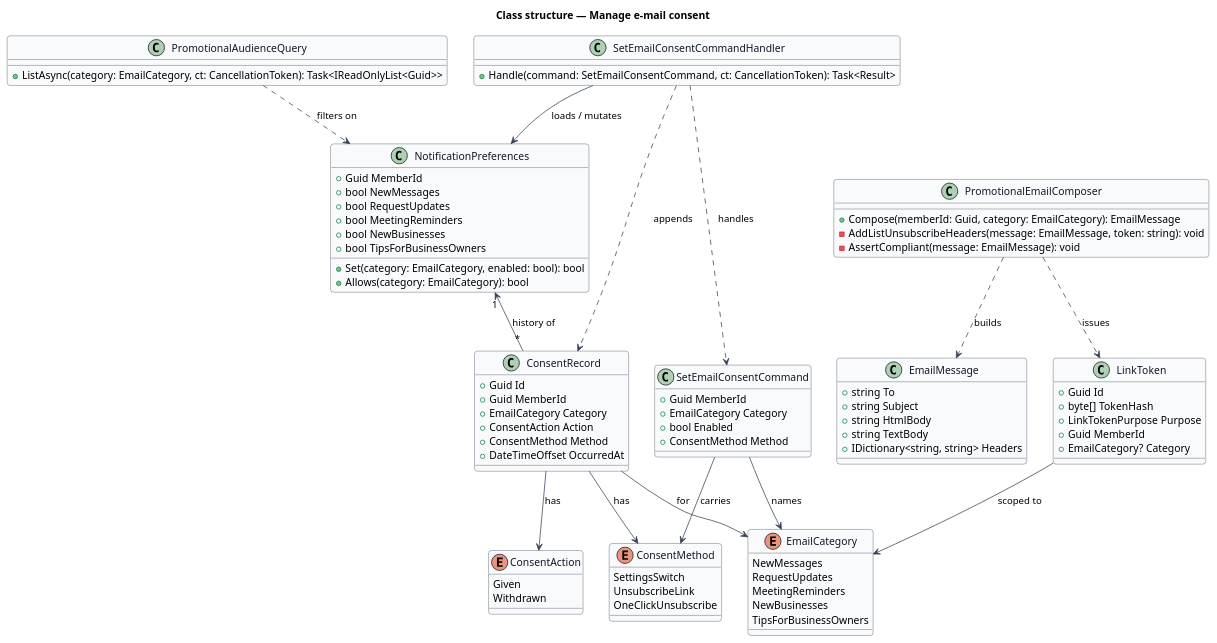
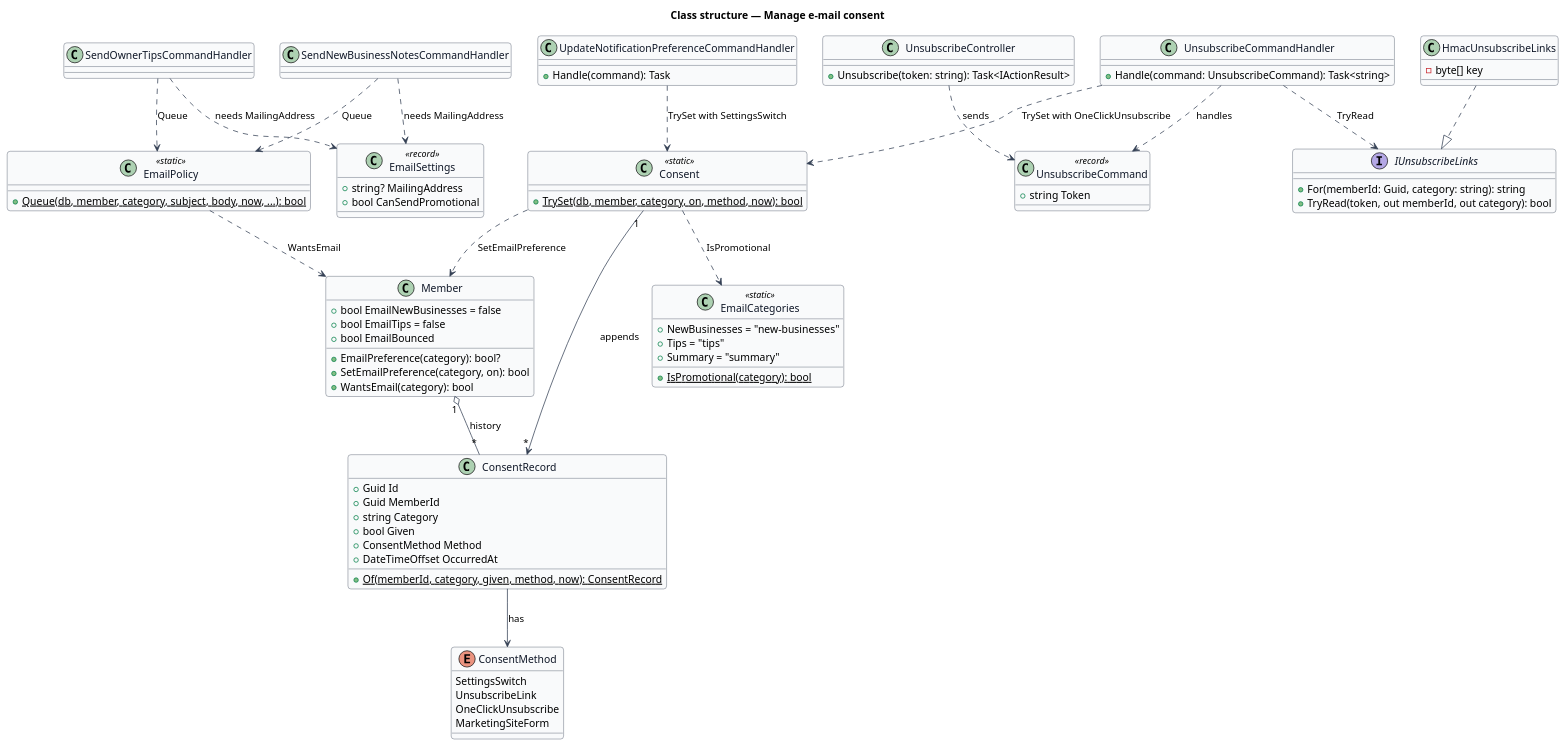
The diagram in docs/detailed-designs/privacy/manage-email-consent/diagrams/class-structure.puml (QuinntyneBrown/jubilee), drawn with PlantUML before and after one commit. The commit also changed 81 other files, not shown here.

```diff
--- a/docs/detailed-designs/privacy/manage-email-consent/diagrams/class-structure.puml
+++ b/docs/detailed-designs/privacy/manage-email-consent/diagrams/class-structure.puml
@@ -1,105 +1,93 @@
 @startuml
 ' --- shared skin header ---
 skinparam backgroundColor #FFFFFF
 skinparam shadowing false
 skinparam roundcorner 8
 skinparam defaultFontName Arial
 skinparam ArrowColor #344054
 skinparam class {
   BorderColor #344054
   FontColor #101828
   BackgroundColor #F9FAFB
 }
 ' --------------------------
 title Class structure — Manage e-mail consent
 
-enum EmailCategory {
-  NewMessages
-  RequestUpdates
-  MeetingReminders
-  NewBusinesses
-  TipsForBusinessOwners
+class Consent <<static>> {
+  +{static} TrySet(db, member, category, on, method, now): bool
 }
-
-enum ConsentAction {
-  Given
-  Withdrawn
+class Member {
+  +bool EmailNewBusinesses = false
+  +bool EmailTips = false
+  +bool EmailBounced
+  +EmailPreference(category): bool?
+  +SetEmailPreference(category, on): bool
+  +WantsEmail(category): bool
 }
-
+class ConsentRecord {
+  +Guid Id
+  +Guid MemberId
+  +string Category
+  +bool Given
+  +ConsentMethod Method
+  +DateTimeOffset OccurredAt
+  +{static} Of(memberId, category, given, method, now): ConsentRecord
+}
 enum ConsentMethod {
   SettingsSwitch
   UnsubscribeLink
   OneClickUnsubscribe
+  MarketingSiteForm
 }
+class EmailCategories <<static>> {
+  +NewBusinesses = "new-businesses"
+  +Tips = "tips"
+  +Summary = "summary"
+  +{static} IsPromotional(category): bool
+}
+class UpdateNotificationPreferenceCommandHandler {
+  +Handle(command): Task
+}
+class UnsubscribeCommand <<record>> {
+  +string Token
+}
+class UnsubscribeCommandHandler {
+  +Handle(command: UnsubscribeCommand): Task<string>
+}
+interface IUnsubscribeLinks {
+  +For(memberId: Guid, category: string): string
+  +TryRead(token, out memberId, out category): bool
+}
+class HmacUnsubscribeLinks {
+  -byte[] key
+}
+class UnsubscribeController {
+  +Unsubscribe(token: string): Task<IActionResult>
+}
+class EmailSettings <<record>> {
+  +string? MailingAddress
+  +bool CanSendPromotional
+}
+class EmailPolicy <<static>> {
+  +{static} Queue(db, member, category, subject, body, now, ...): bool
+}
+class SendNewBusinessNotesCommandHandler
+class SendOwnerTipsCommandHandler
 
-class NotificationPreferences {
-  +Guid MemberId
-  +bool NewMessages
-  +bool RequestUpdates
-  +bool MeetingReminders
-  +bool NewBusinesses
-  +bool TipsForBusinessOwners
-  +Set(category: EmailCategory, enabled: bool): bool
-  +Allows(category: EmailCategory): bool
-}
-
-class ConsentRecord {
-  +Guid Id
-  +Guid MemberId
-  +EmailCategory Category
-  +ConsentAction Action
-  +ConsentMethod Method
-  +DateTimeOffset OccurredAt
-}
-
-class SetEmailConsentCommand {
-  +Guid MemberId
-  +EmailCategory Category
-  +bool Enabled
-  +ConsentMethod Method
-}
-
-class SetEmailConsentCommandHandler {
-  +Handle(command: SetEmailConsentCommand, ct: CancellationToken): Task<Result>
-}
-
-class LinkToken {
-  +Guid Id
-  +byte[] TokenHash
-  +LinkTokenPurpose Purpose
-  +Guid MemberId
-  +EmailCategory? Category
-}
-
-class PromotionalAudienceQuery {
-  +ListAsync(category: EmailCategory, ct: CancellationToken): Task<IReadOnlyList<Guid>>
-}
-
-class PromotionalEmailComposer {
-  +Compose(memberId: Guid, category: EmailCategory): EmailMessage
-  -AddListUnsubscribeHeaders(message: EmailMessage, token: string): void
-  -AssertCompliant(message: EmailMessage): void
-}
-
-class EmailMessage {
-  +string To
-  +string Subject
-  +string HtmlBody
-  +string TextBody
-  +IDictionary<string, string> Headers
-}
-
-SetEmailConsentCommandHandler ..> SetEmailConsentCommand : handles
-SetEmailConsentCommandHandler --> NotificationPreferences : loads / mutates
-SetEmailConsentCommandHandler ..> ConsentRecord : appends
-SetEmailConsentCommand --> EmailCategory : names
-SetEmailConsentCommand --> ConsentMethod : carries
-ConsentRecord --> ConsentAction : has
+UpdateNotificationPreferenceCommandHandler ..> Consent : TrySet with SettingsSwitch
+UnsubscribeCommandHandler ..> Consent : TrySet with OneClickUnsubscribe
+UnsubscribeCommandHandler ..> UnsubscribeCommand : handles
+UnsubscribeCommandHandler ..> IUnsubscribeLinks : TryRead
+UnsubscribeController ..> UnsubscribeCommand : sends
+HmacUnsubscribeLinks ..|> IUnsubscribeLinks
+Consent ..> Member : SetEmailPreference
+Consent ..> EmailCategories : IsPromotional
+Consent "1" --> "*" ConsentRecord : appends
 ConsentRecord --> ConsentMethod : has
-ConsentRecord --> EmailCategory : for
-NotificationPreferences "1" <-- "*" ConsentRecord : history of
-LinkToken --> EmailCategory : scoped to
-PromotionalAudienceQuery ..> NotificationPreferences : filters on
-PromotionalEmailComposer ..> EmailMessage : builds
-PromotionalEmailComposer ..> LinkToken : issues
+Member "1" o-- "*" ConsentRecord : history
+SendNewBusinessNotesCommandHandler ..> EmailSettings : needs MailingAddress
+SendOwnerTipsCommandHandler ..> EmailSettings : needs MailingAddress
+SendNewBusinessNotesCommandHandler ..> EmailPolicy : Queue
+SendOwnerTipsCommandHandler ..> EmailPolicy : Queue
+EmailPolicy ..> Member : WantsEmail
 @enduml
```
